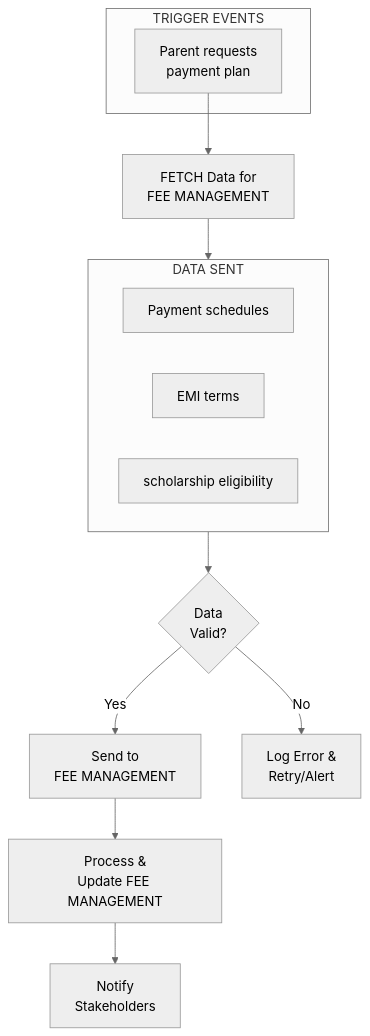
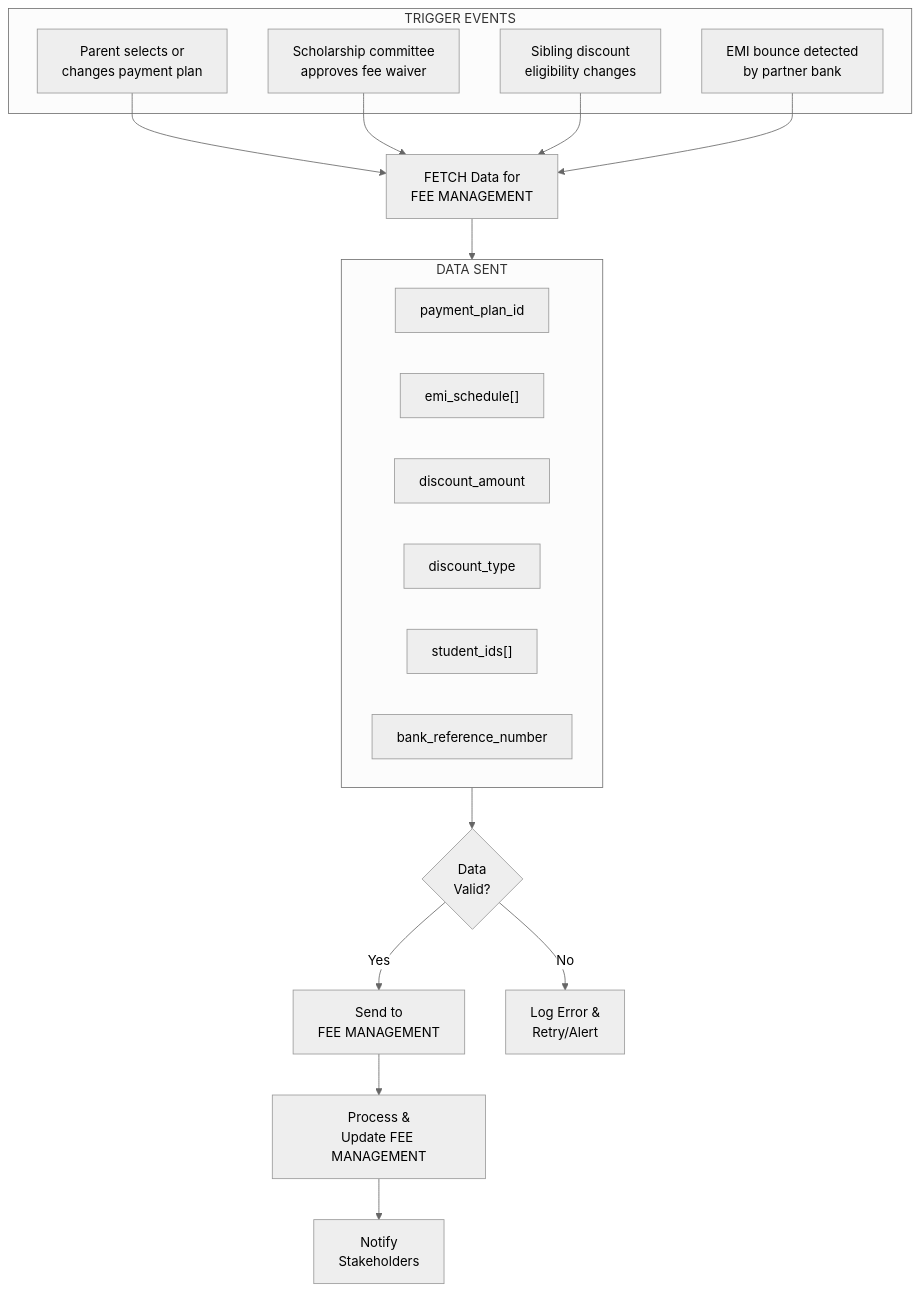
The first of 6 diagrams in docs/modules/43_parent_financial_planning/README.md (Armaan42/Hogwarts), drawn with Mermaid (neutral theme) before and after one commit. The commit also changed other lines of this file, not shown here.

First line of the commit message:
Expand Module 43 (Parent Financial Planning) README to 1,500+ lines

````diff
--- a/docs/modules/43_parent_financial_planning/README.md
+++ b/docs/modules/43_parent_financial_planning/README.md
@@ -527,28 +586,29 @@
 ```mermaid
 flowchart TD
     subgraph TRIGGERS["TRIGGER EVENTS"]
-        T1["Parent requests\npayment plan"]
+        T1["Parent selects or\nchanges payment plan"]
+        T2["Scholarship committee\napproves fee waiver"]
+        T3["Sibling discount\neligibility changes"]
+        T4["EMI bounce detected\nby partner bank"]
     end
-
     T1 --> FETCH
-
+    T2 --> FETCH
+    T3 --> FETCH
+    T4 --> FETCH
     FETCH["FETCH Data for\nFEE MANAGEMENT"]
-
     subgraph DATA["DATA SENT"]
         direction LR
-        D1["Payment schedules"]
-        D2["EMI terms"]
-        D3["scholarship eligibility"]
+        D1["payment_plan_id"]
+        D2["emi_schedule[]"]
+        D3["discount_amount"]
+        D4["discount_type"]
+        D5["student_ids[]"]
+        D6["bank_reference_number"]
     end
-
     FETCH --> DATA
-
     DATA --> VALIDATE{"Data\nValid?"}
-
     VALIDATE -- Yes --> SEND["Send to\nFEE MANAGEMENT"]
     VALIDATE -- No --> ERROR["Log Error &\nRetry/Alert"]
-
     SEND --> PROCESS["Process &\nUpdate FEE MANAGEMENT"]
-
     PROCESS --> NOTIFY["Notify\nStakeholders"]
 ```
````
